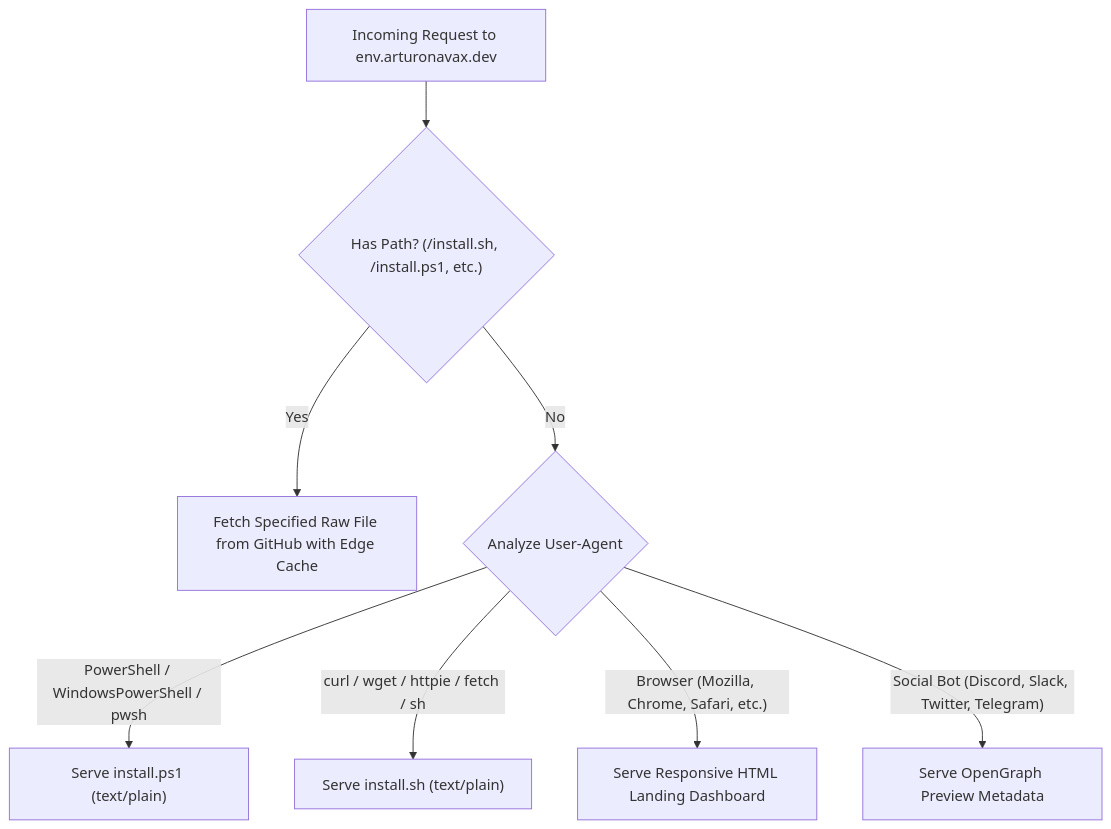
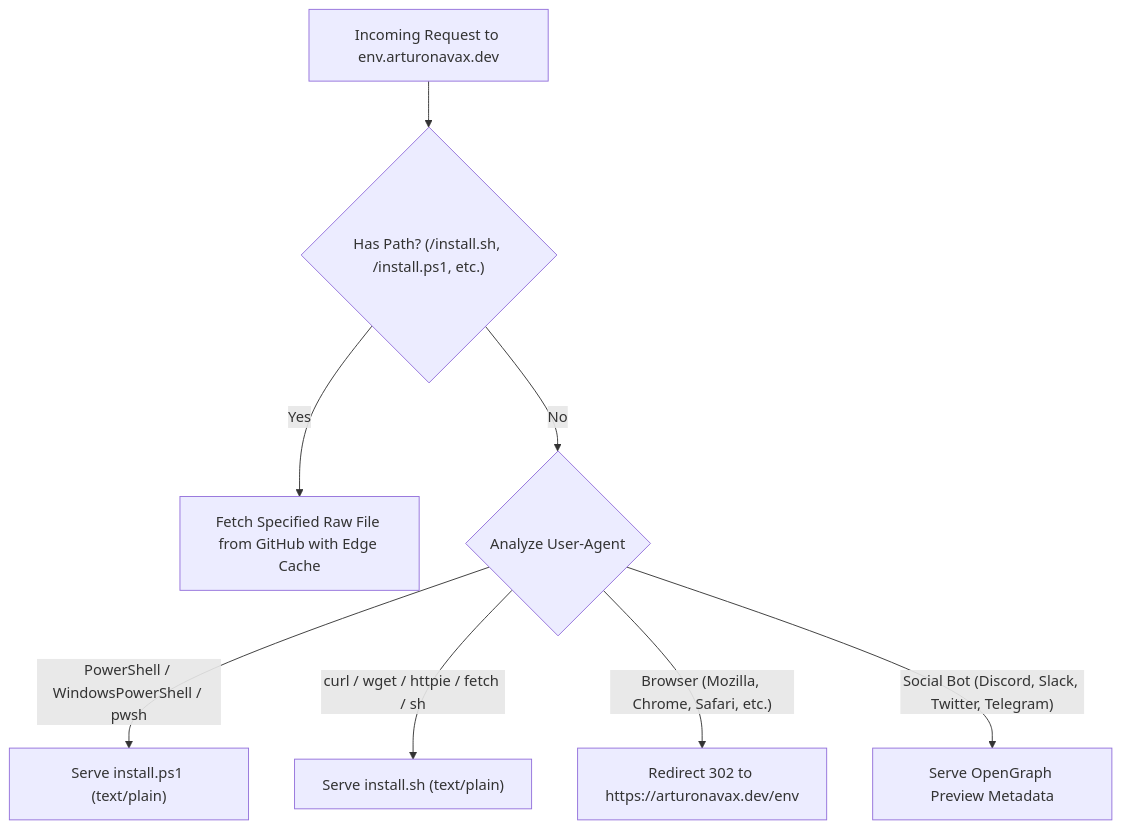
Before and after one commit to arturonavax/env: the diagram in docs/cloudflare_worker.md, drawn with Mermaid. The commit also changed other lines of this file and 5 other files, not shown here.

````diff
--- a/docs/cloudflare_worker.md
+++ b/docs/cloudflare_worker.md
@@ -27,10 +27,10 @@
 ```mermaid
 flowchart TD
     A["Incoming Request to env.arturonavax.dev"] --> B{"Has Path? (/install.sh, /install.ps1, etc.)"}
     B -- Yes --> C["Fetch Specified Raw File from GitHub with Edge Cache"]
     B -- No --> D{"Analyze User-Agent"}
     D -- "PowerShell / WindowsPowerShell / pwsh" --> E["Serve install.ps1 (text/plain)"]
     D -- "curl / wget / httpie / fetch / sh" --> F["Serve install.sh (text/plain)"]
-    D -- "Browser (Mozilla, Chrome, Safari, etc.)" --> G["Serve Responsive HTML Landing Dashboard"]
+    D -- "Browser (Mozilla, Chrome, Safari, etc.)" --> G["Redirect 302 to https://arturonavax.dev/env"]
     D -- "Social Bot (Discord, Slack, Twitter, Telegram)" --> H["Serve OpenGraph Preview Metadata"]
 ```
````
